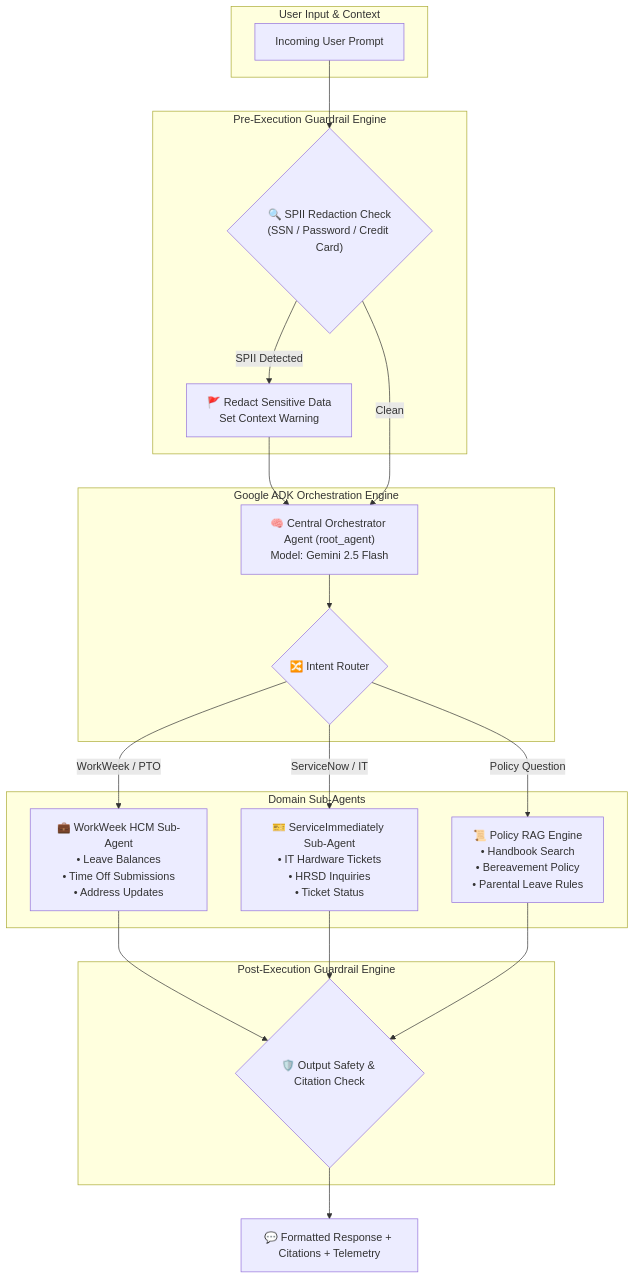
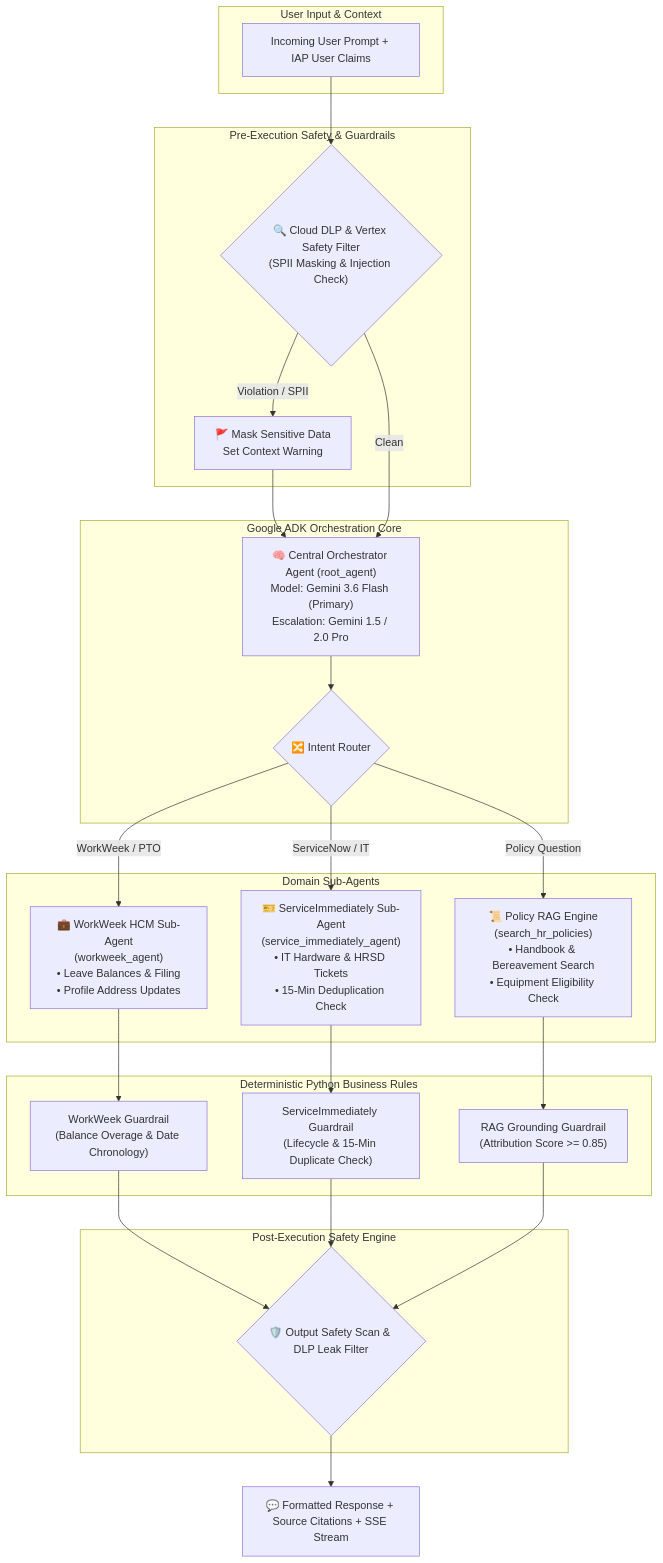
One commit to SushantJagdale/elevate-hr-agentic-solution changed the third of 6 diagrams in target_architecture_breakdown.md. Above: the diagram before and after it, drawn with Mermaid. The commit also changed other lines of this file and 2 other files, not shown here.

Commit message:
docs(architecture): align target architecture breakdown with Consolidated SDD and add interactive Archify diagram

````diff
--- a/target_architecture_breakdown.md
+++ b/target_architecture_breakdown.md
@@ -147,41 +158,47 @@
 ```mermaid
 flowchart TD
     subgraph RequestContext ["User Input & Context"]
-        Prompt["Incoming User Prompt"]
+        Prompt["Incoming User Prompt + IAP User Claims"]
     end
 
-    subgraph GuardrailPre ["Pre-Execution Guardrail Engine"]
-        SPIICheck{"🔍 SPII Redaction Check\n(SSN / Password / Credit Card)"}
-        RedactAction["🚩 Redact Sensitive Data\nSet Context Warning"]
+    subgraph GuardrailPre ["Pre-Execution Safety & Guardrails"]
+        SPIICheck{"🔍 Cloud DLP & Vertex Safety Filter\n(SPII Masking & Injection Check)"}
+        RedactAction["🚩 Mask Sensitive Data\nSet Context Warning"]
     end
 
-    subgraph AgentRouter ["Google ADK Orchestration Engine"]
-        OrchestratorAgent["🧠 Central Orchestrator Agent (root_agent)\nModel: Gemini 2.5 Flash"]
+    subgraph AgentRouter ["Google ADK Orchestration Core"]
+        OrchestratorAgent["🧠 Central Orchestrator Agent (root_agent)\nModel: Gemini 3.6 Flash (Primary)\nEscalation: Gemini 1.5 / 2.0 Pro"]
         IntentRouter{"🔀 Intent Router"}
     end
 
     subgraph SpecializedSubAgents ["Domain Sub-Agents"]
-        WWSubAgent["💼 WorkWeek HCM Sub-Agent\n• Leave Balances\n• Time Off Submissions\n• Address Updates"]
-        SISubAgent["🎫 ServiceImmediately Sub-Agent\n• IT Hardware Tickets\n• HRSD Inquiries\n• Ticket Status"]
-        PolicySubAgent["📜 Policy RAG Engine\n• Handbook Search\n• Bereavement Policy\n• Parental Leave Rules"]
+        WWSubAgent["💼 WorkWeek HCM Sub-Agent\n(workweek_agent)\n• Leave Balances & Filing\n• Profile Address Updates"]
+        SISubAgent["🎫 ServiceImmediately Sub-Agent\n(service_immediately_agent)\n• IT Hardware & HRSD Tickets\n• 15-Min Deduplication Check"]
+        PolicySubAgent["📜 Policy RAG Engine\n(search_hr_policies)\n• Handbook & Bereavement Search\n• Equipment Eligibility Check"]
     end
 
-    subgraph GuardrailPost ["Post-Execution Guardrail Engine"]
-        OutputCheck{"🛡️ Output Safety & Citation Check"}
+    subgraph GuardrailDomain ["Deterministic Python Business Rules"]
+        WWGuard["WorkWeek Guardrail\n(Balance Overage & Date Chronology)"]
+        SIGuard["ServiceImmediately Guardrail\n(Lifecycle & 15-Min Duplicate Check)"]
+        RAGGuard["RAG Grounding Guardrail\n(Attribution Score >= 0.85)"]
+    end
+
+    subgraph GuardrailPost ["Post-Execution Safety Engine"]
+        OutputCheck{"🛡️ Output Safety Scan & DLP Leak Filter"}
     end
 
     Prompt --> SPIICheck
-    SPIICheck -- SPII Detected --> RedactAction --> OrchestratorAgent
+    SPIICheck -- Violation / SPII --> RedactAction --> OrchestratorAgent
     SPIICheck -- Clean --> OrchestratorAgent
 
     OrchestratorAgent --> IntentRouter
-    IntentRouter -- WorkWeek / PTO --> WWSubAgent
-    IntentRouter -- ServiceNow / IT --> SISubAgent
-    IntentRouter -- Policy Question --> PolicySubAgent
+    IntentRouter -- WorkWeek / PTO --> WWSubAgent --> WWGuard
+    IntentRouter -- ServiceNow / IT --> SISubAgent --> SIGuard
+    IntentRouter -- Policy Question --> PolicySubAgent --> RAGGuard
 
-    WWSubAgent --> OutputCheck
-    SISubAgent --> OutputCheck
-    PolicySubAgent --> OutputCheck
+    WWGuard --> OutputCheck
+    SIGuard --> OutputCheck
+    RAGGuard --> OutputCheck
 
-    OutputCheck --> FinalOutput["💬 Formatted Response + Citations + Telemetry"]
+    OutputCheck --> FinalOutput["💬 Formatted Response + Source Citations + SSE Stream"]
 ```
````
